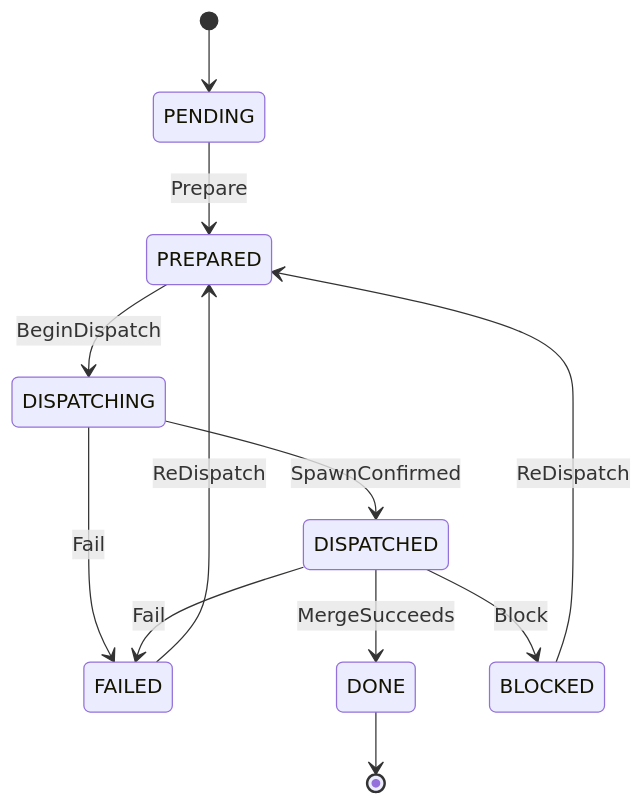
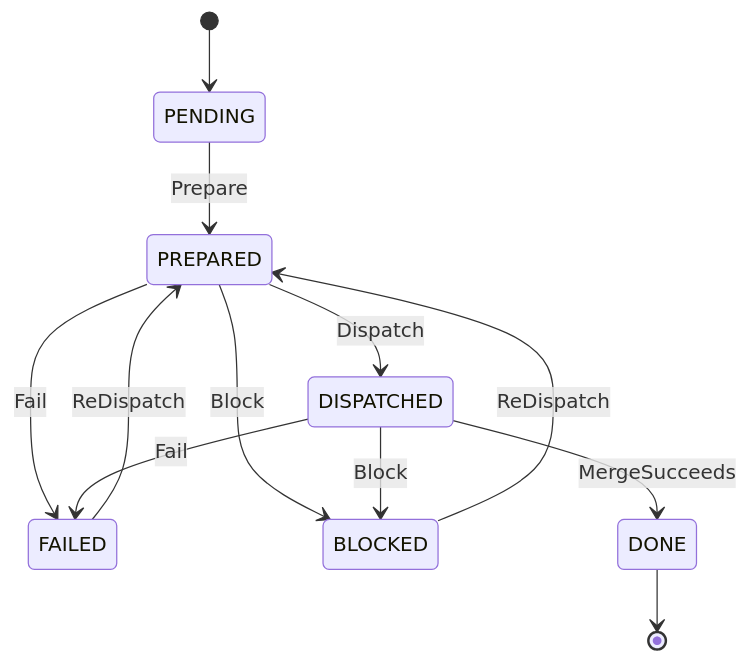
One commit to matthiasdaues/agent_factory changed the diagram in docs/spec/supplementary_specs/mechanized-dispatch.md. Above: the diagram before and after it, drawn with Mermaid. The commit also changed other lines of this file and 1 other file, not shown here.

````diff
--- a/docs/spec/supplementary_specs/mechanized-dispatch.md
+++ b/docs/spec/supplementary_specs/mechanized-dispatch.md
@@ -88,14 +88,14 @@
 ```mermaid
 stateDiagram-v2
     [*] --> PENDING
     PENDING --> PREPARED : Prepare
-    PREPARED --> DISPATCHING : BeginDispatch
-    DISPATCHING --> DISPATCHED : SpawnConfirmed
-    DISPATCHING --> FAILED : Fail
+    PREPARED --> DISPATCHED : Dispatch
+    PREPARED --> FAILED : Fail
+    PREPARED --> BLOCKED : Block
     DISPATCHED --> DONE : MergeSucceeds
     DISPATCHED --> BLOCKED : Block
     DISPATCHED --> FAILED : Fail
     FAILED --> PREPARED : ReDispatch
     BLOCKED --> PREPARED : ReDispatch
     DONE --> [*]
 ```
````
